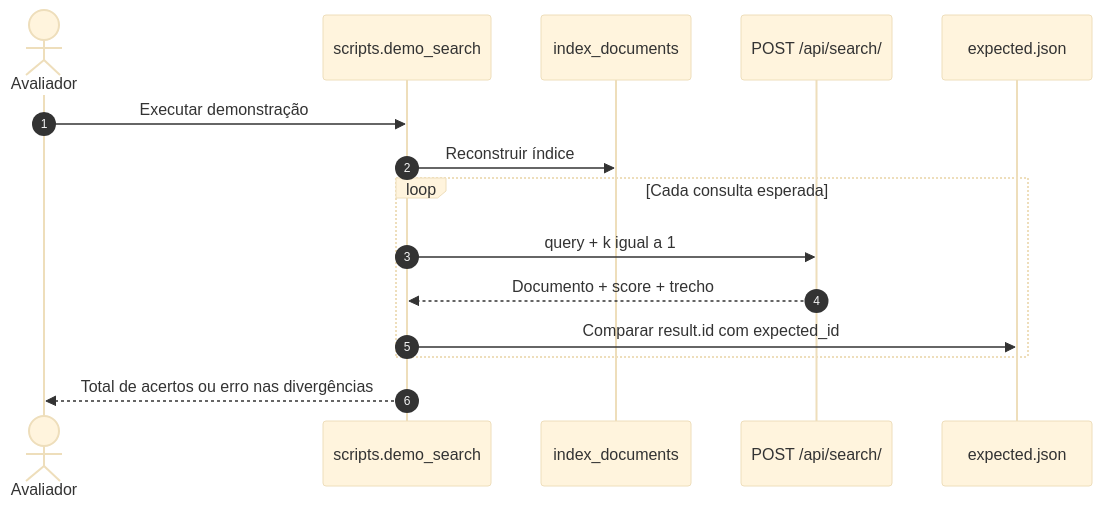
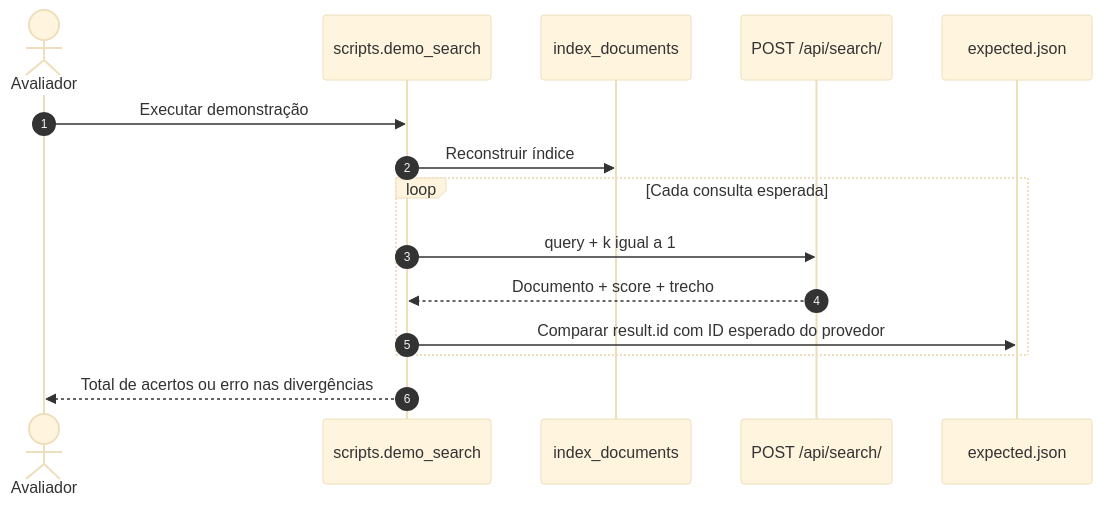
Before and after one commit to renansko/dot-desafio: the sixth of 7 diagrams in README.md, drawn with Mermaid (base theme). The commit also changed other lines of this file and 7 other files, not shown here.

````diff
--- a/README.md
+++ b/README.md
@@ -173,17 +200,17 @@
 ```mermaid
 sequenceDiagram
     autonumber
     actor A as Avaliador
     participant CLI as scripts.demo_search
     participant IDX as index_documents
     participant API as POST /api/search/
     participant EXP as expected.json
     A->>CLI: Executar demonstração
     CLI->>IDX: Reconstruir índice
     loop Cada consulta esperada
         CLI->>API: query + k igual a 1
         API-->>CLI: Documento + score + trecho
-        CLI->>EXP: Comparar result.id com expected_id
+        CLI->>EXP: Comparar result.id com ID esperado do provedor
     end
     CLI-->>A: Total de acertos ou erro nas divergências
 ```
````
